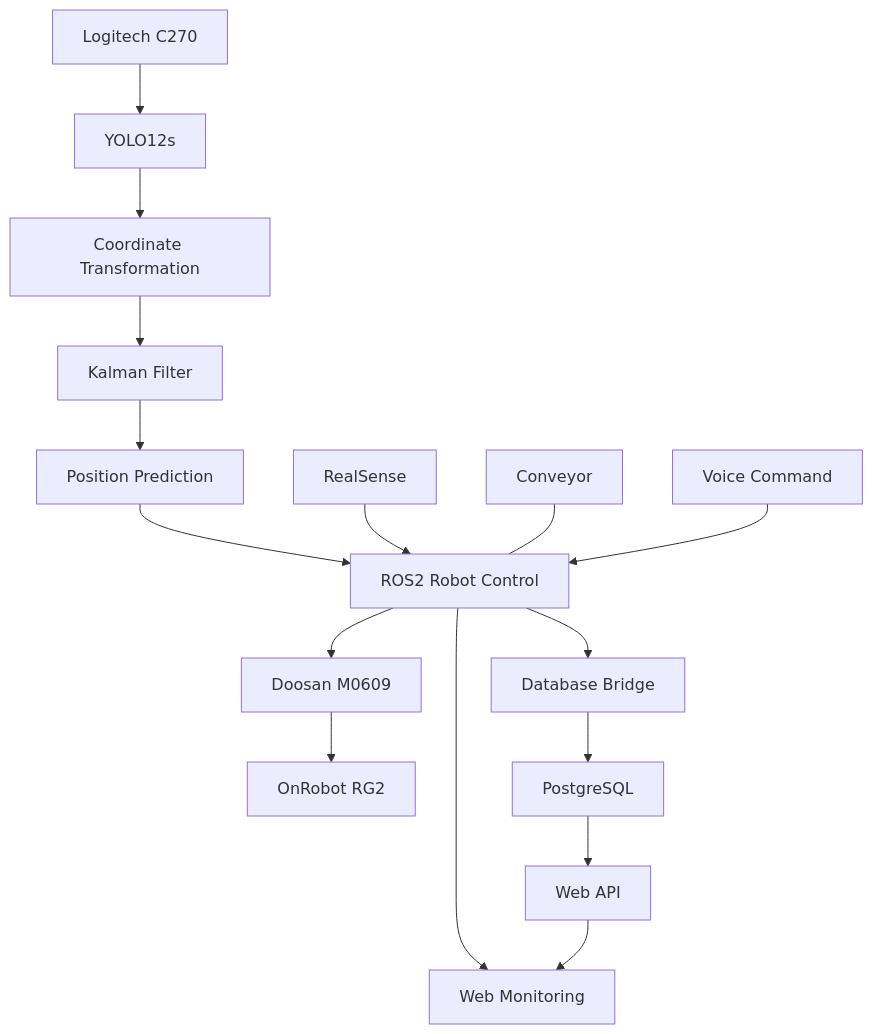
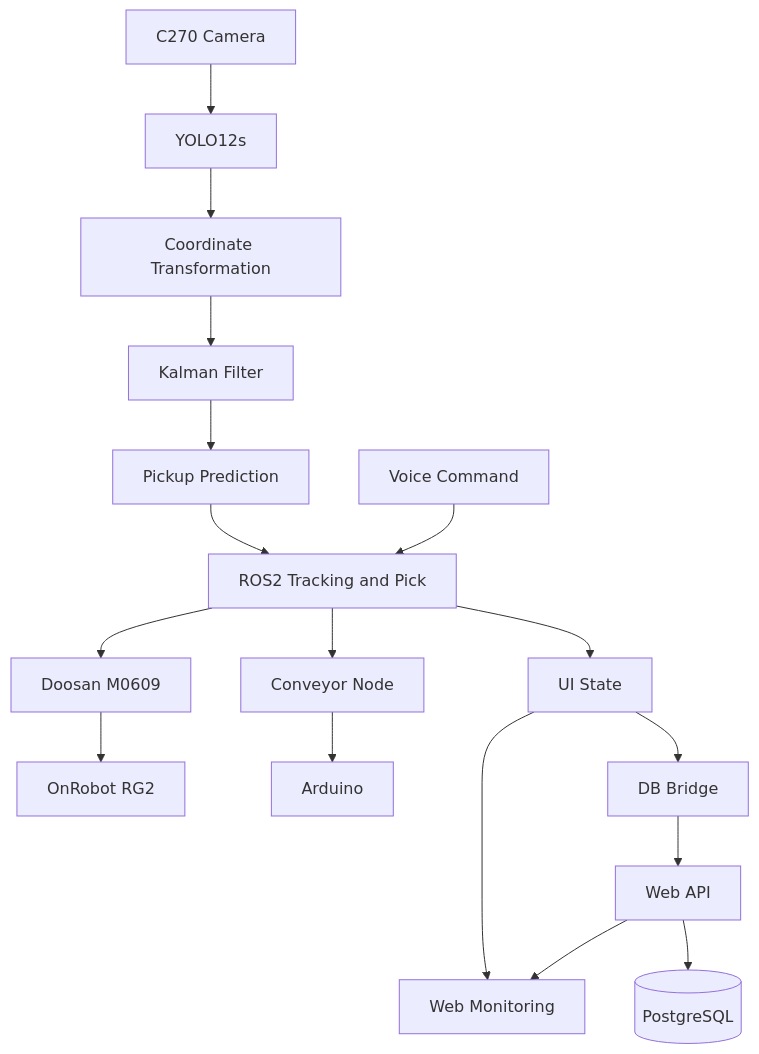
Before and after one commit to gmltjd0725-hue/yolo-main: the first of 9 diagrams in README.md, drawn with Mermaid. The commit also changed other lines of this file, not shown here.

````diff
--- a/README.md
+++ b/README.md
@@ -81,18 +42,19 @@
 ```mermaid
 flowchart TD
-    A[Logitech C270] --> B[YOLO12s]
+    A[C270 Camera] --> B[YOLO12s]
     B --> C[Coordinate Transformation]
     C --> D[Kalman Filter]
-    D --> E[Position Prediction]
-    E --> F[ROS2 Robot Control]
+    D --> E[Pickup Prediction]
+    E --> F[ROS2 Tracking and Pick]
     F --> G[Doosan M0609]
     G --> H[OnRobot RG2]
-    I[RealSense] --> F
-    J[Conveyor] --- F
+    F --> I[Conveyor Node]
+    I --> J[Arduino]
     K[Voice Command] --> F
-    F --> L[Web Monitoring]
-    F --> M[Database Bridge]
-    M --> N[PostgreSQL]
+    F --> L[UI State]
+    L --> M[Web Monitoring]
+    L --> N[DB Bridge]
     N --> O[Web API]
-    O --> L
+    O --> P[(PostgreSQL)]
+    O --> M
 ```
````
